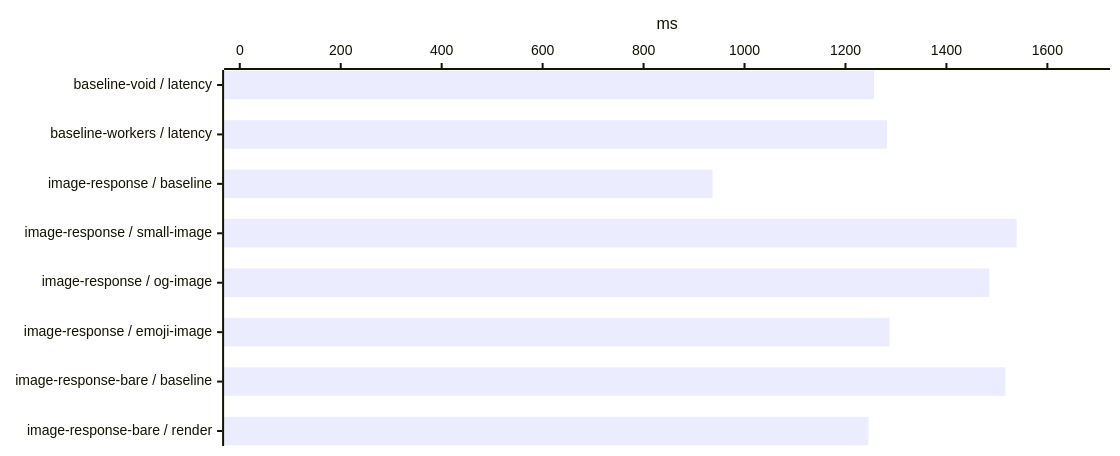
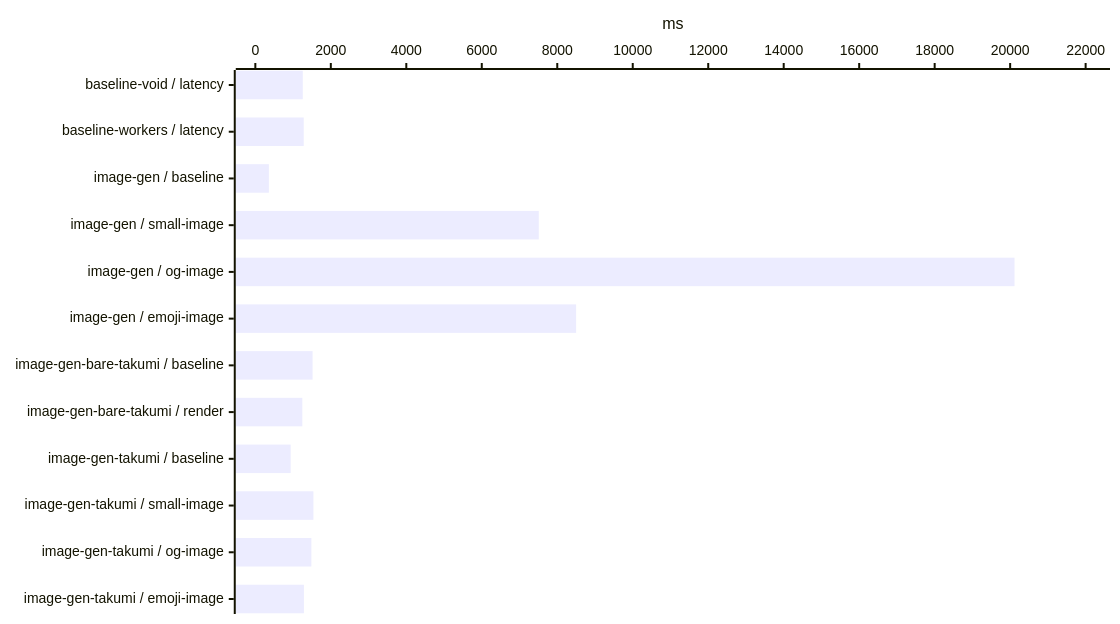
One commit to voidzero-dev/void changed diagram 12 of 25 in benchmark/report.md. Above: the diagram before and after it, drawn with Mermaid. The commit also changed other lines of this file and 41 other files, not shown here.

````diff
--- a/benchmark/report.md
+++ b/benchmark/report.md
@@ -227,12 +230,12 @@
 ```mermaid
 ---
 config:
   xyChart:
     width: 1100
-    height: 436
+    height: 604
 ---
 xychart-beta horizontal
-    x-axis ["baseline-void / latency", "baseline-workers / latency", "image-response / baseline", "image-response / small-image", "image-response / og-image", "image-response / emoji-image", "image-response-bare / baseline", "image-response-bare / render"]
-    y-axis "ms" 0 --> 1693.0186
-    bar [1256.6248, 1282.3021, 936.56929, 1539.1078, 1484.7663, 1287.1514, 1517.0315, 1245.4018]
+    x-axis ["baseline-void / latency", "baseline-workers / latency", "image-gen / baseline", "image-gen / small-image", "image-gen / og-image", "image-gen / emoji-image", "image-gen-bare-takumi / baseline", "image-gen-bare-takumi / render", "image-gen-takumi / baseline", "image-gen-takumi / small-image", "image-gen-takumi / og-image", "image-gen-takumi / emoji-image"]
+    y-axis "ms" 0 --> 22127.216
+    bar [1256.6248, 1282.3021, 358.79271, 7510.0154, 20115.651, 8499.5715, 1517.0315, 1245.4018, 936.56929, 1539.1078, 1484.7663, 1287.1514]
 ```
````
